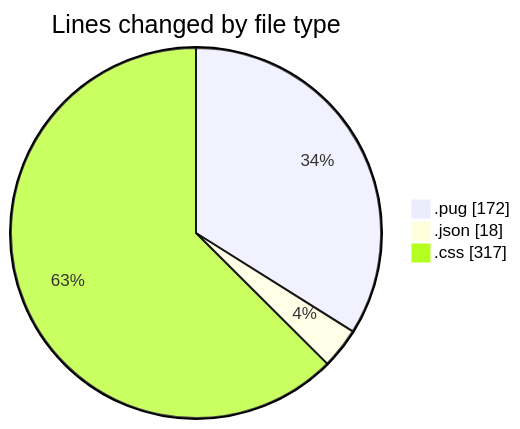
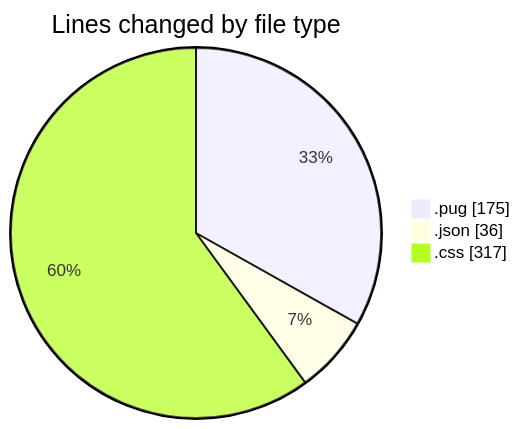
Before and after one commit to momahboobian/code-tracking: the first of 2 diagrams in 2025-11-03/cda/README.md, drawn with Mermaid. The commit also changed other lines of this file and 1 other file, not shown here.

````diff
--- a/2025-11-03/cda/README.md
+++ b/2025-11-03/cda/README.md
@@ -22,7 +22,7 @@
 ```mermaid
 pie showData
 title Lines changed by file type
-".pug" : 172
-".json" : 18
+".pug" : 175
+".json" : 36
 ".css" : 317
 ```
````
